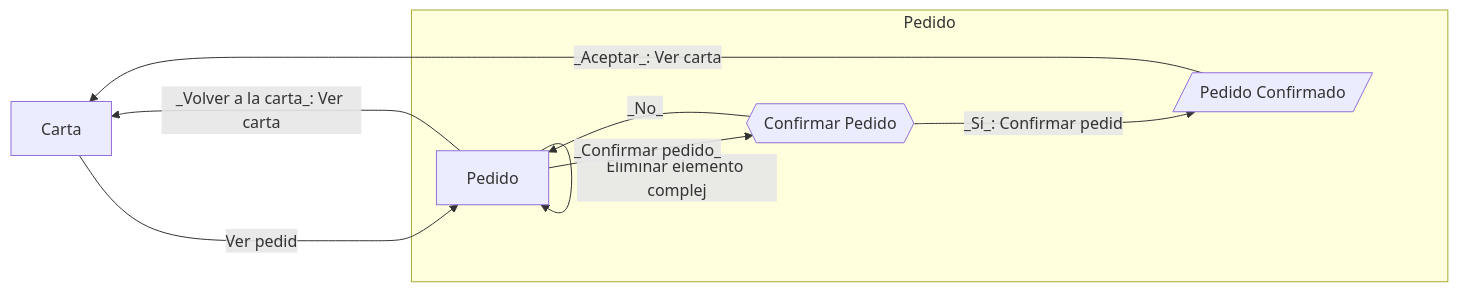
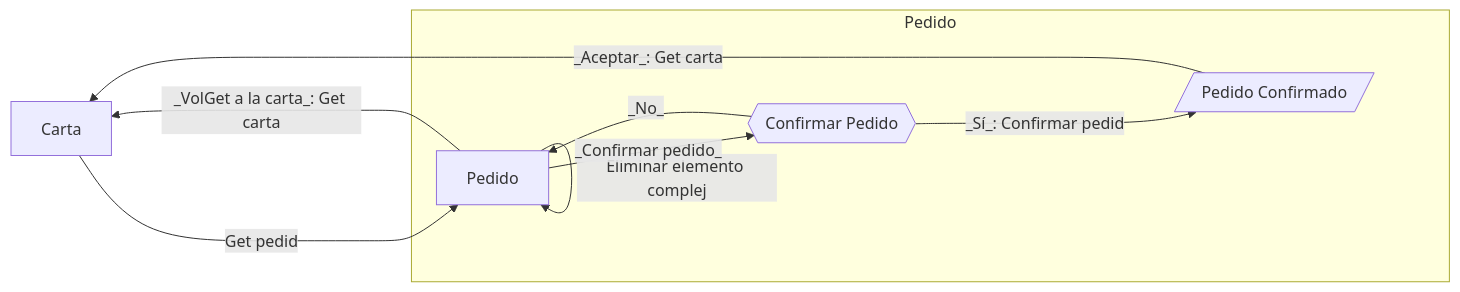
The fifth of 9 diagrams in documentacion/requisitos/diagramas_de_flujo.md (pabenito/QRest), drawn with Mermaid before and after one commit. The commit also changed other lines of this file, not shown here.

Commit message:
Diagramas de flujo: Casos de uso del backend & Sintaxis

````diff
--- a/documentacion/requisitos/diagramas_de_flujo.md
+++ b/documentacion/requisitos/diagramas_de_flujo.md
@@ -45,19 +71,19 @@
 ```mermaid
 flowchart LR
     carta[Carta]
     subgraph g_pedido[Pedido]
         confirmar_pedido{{Confirmar Pedido}}
         pedido[Pedido]
         pedido_confirmado[/Pedido Confirmado/]
     end
-    carta --Ver pedido--> pedido
+    carta --Get pedido--> pedido
     pedido --Añadir elemento simple--> pedido
     pedido --Eliminar elemento simple--> pedido
     pedido --Añadir elemento complejo--> pedido
     pedido --Eliminar elemento complejo--> pedido
-    pedido --_Volver a la carta_: Ver carta--> carta
+    pedido --_VolGet a la carta_: Get carta--> carta
     pedido --_Confirmar pedido_--> confirmar_pedido
     confirmar_pedido --_No_--> pedido
     confirmar_pedido --_Sí_: Confirmar pedido--> pedido_confirmado
-    pedido_confirmado --_Aceptar_: Ver carta--> carta
+    pedido_confirmado --_Aceptar_: Get carta--> carta
 ```
````
